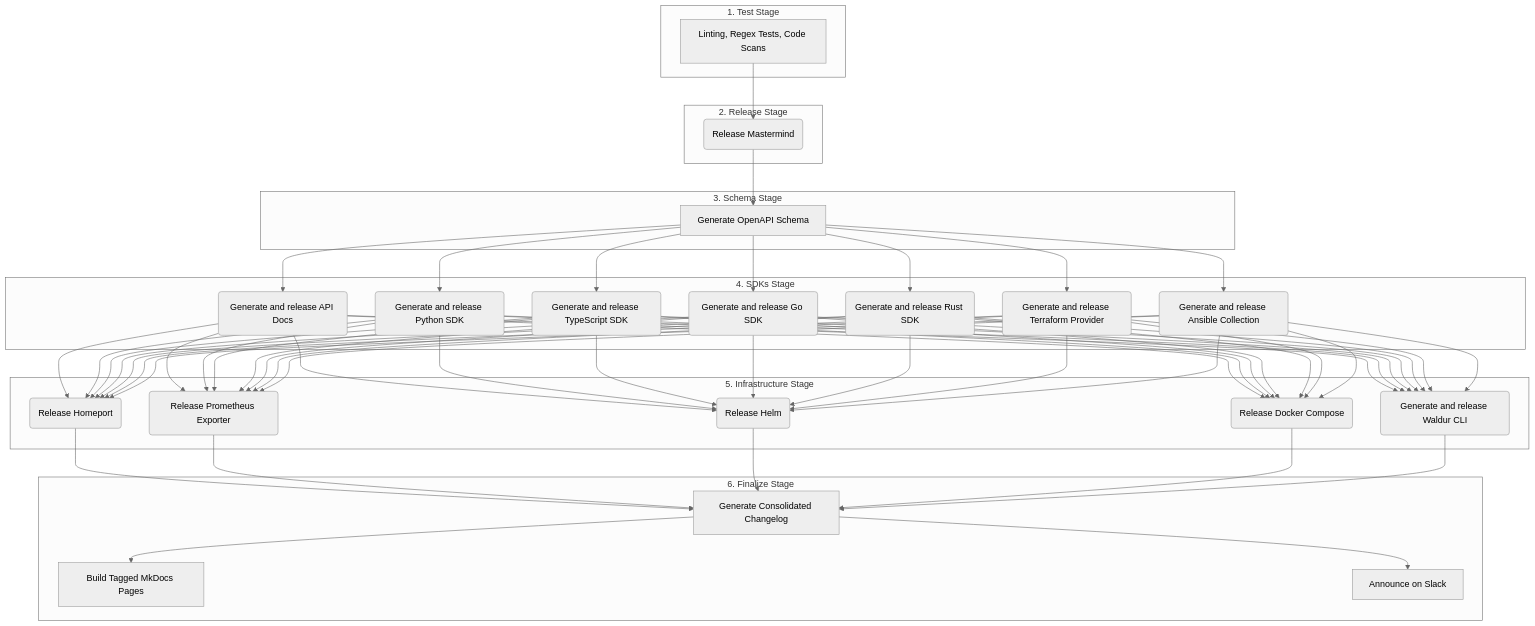
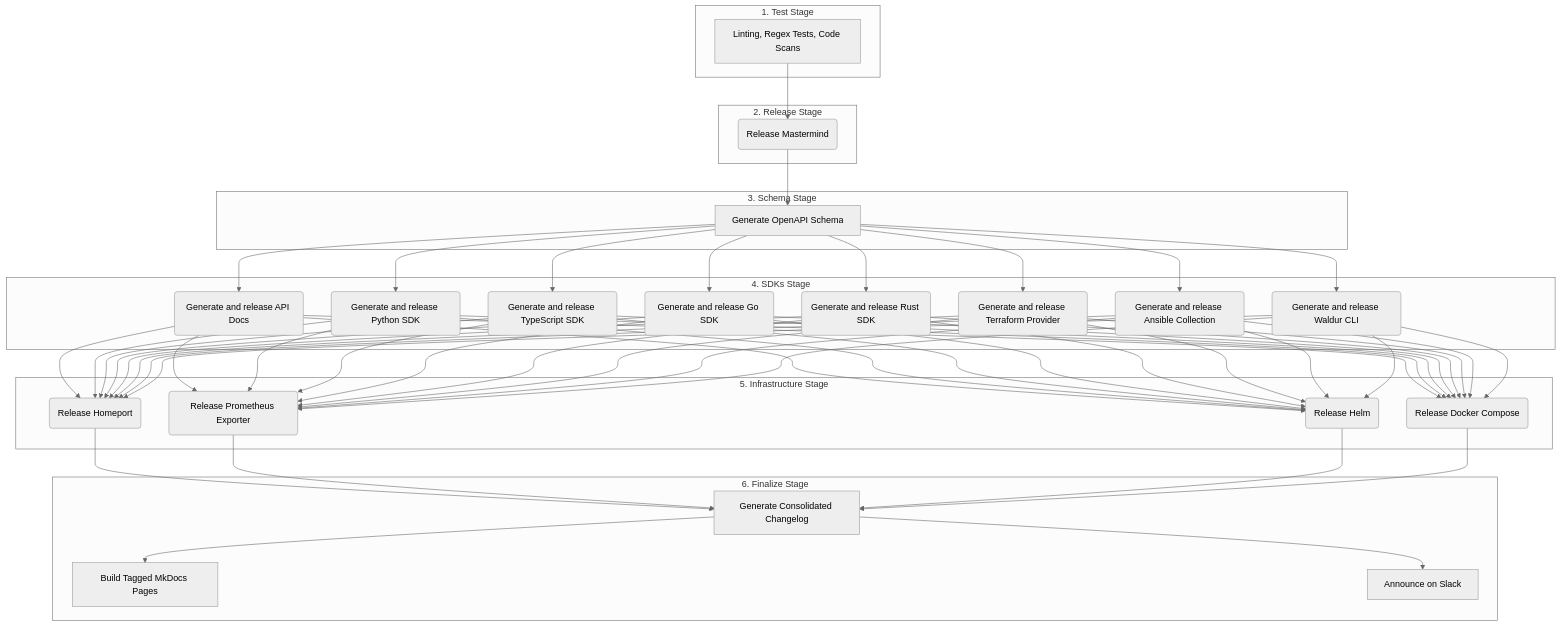
One commit to waldur/waldur-docs changed the diagram in docs/developer-guide/release-orchestration.md. Above: the diagram before and after it, drawn with Mermaid (neutral theme). The commit also changed other lines of this file and 1 other file, not shown here.

First line of the commit message:
ci: move Waldur CLI generation into the sdks stage

````diff
--- a/docs/developer-guide/release-orchestration.md
+++ b/docs/developer-guide/release-orchestration.md
@@ -77,46 +75,46 @@
 ```mermaid
 graph TD
     subgraph 1. Test Stage
         T[Linting, Regex Tests, Code Scans]
     end
 
     subgraph 2. Release Stage
         C1(Release Mastermind)
     end
 
     subgraph 3. Schema Stage
         O[Generate OpenAPI Schema]
     end
 
     subgraph 4. SDKs Stage
         S1(Generate and release API Docs)
         S2(Generate and release Python SDK)
         S3(Generate and release TypeScript SDK)
         S4(Generate and release Go SDK)
         S5(Generate and release Rust SDK)
         S6(Generate and release Terraform Provider)
         S7(Generate and release Ansible Collection)
+        S8(Generate and release Waldur CLI)
     end
 
     subgraph 5. Infrastructure Stage
         D1(Release Homeport)
         D2(Release Prometheus Exporter)
         D3(Release Helm)
         D4(Release Docker Compose)
-        D5(Generate and release Waldur CLI)
     end
 
     subgraph 6. Finalize Stage
         CH[Generate Consolidated Changelog]
         MK[Build Tagged MkDocs Pages]
         SL[Announce on Slack]
     end
 
     T --> C1
     C1 --> O
-    O --> S1 & S2 & S3 & S4 & S5 & S6 & S7
-    S1 & S2 & S3 & S4 & S5 & S6 & S7 --> D1 & D2 & D3 & D4 & D5
-    D1 & D2 & D3 & D4 & D5 --> CH
+    O --> S1 & S2 & S3 & S4 & S5 & S6 & S7 & S8
+    S1 & S2 & S3 & S4 & S5 & S6 & S7 & S8 --> D1 & D2 & D3 & D4
+    D1 & D2 & D3 & D4 --> CH
     CH --> MK
     CH --> SL
 ```
````
